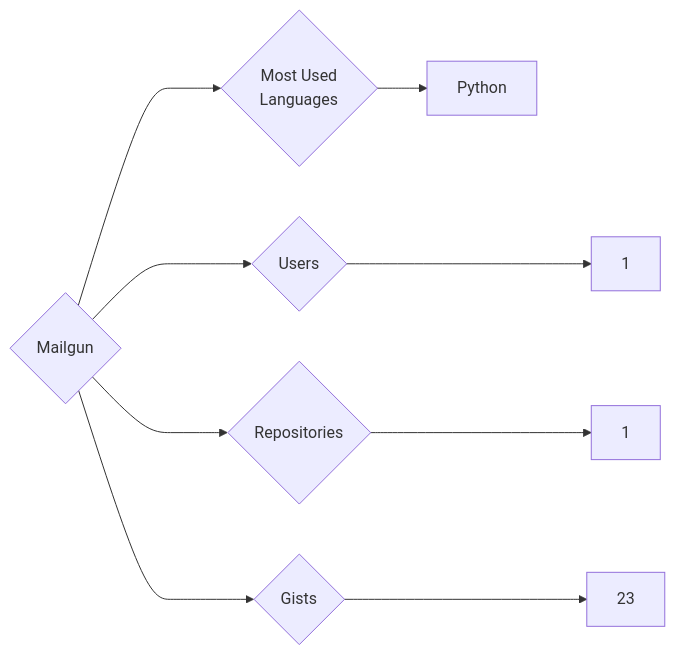
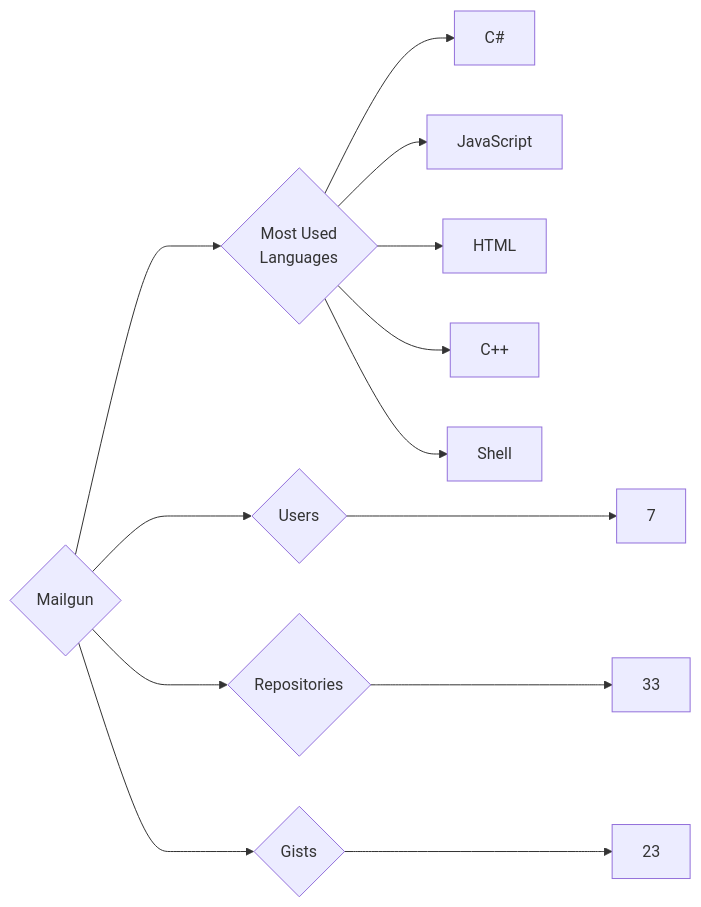
One commit to trickest/insiders changed the diagram in targets/Mailgun/README.md. Above: the diagram before and after it, drawn with Mermaid. The commit also changed 935 other files, not shown here.

````diff
--- a/targets/Mailgun/README.md
+++ b/targets/Mailgun/README.md
@@ -3,9 +3,13 @@
 ```mermaid
 graph LR
 COMPANY_NAME{Mailgun}
-COMPANY_NAME ---> U{Users} ---> UN[1]
-COMPANY_NAME ---> R{Repositories} ---> RN[1]
+COMPANY_NAME ---> U{Users} ---> UN[7]
+COMPANY_NAME ---> R{Repositories} ---> RN[33]
 COMPANY_NAME ---> G{Gists} ---> GN[23]
 COMPANY_NAME ---> ML{Most Used<br>Languages}
-ML --> Python[Python]
+ML --> C#[C#]
+ML --> JavaScript[JavaScript]
+ML --> HTML[HTML]
+ML --> C++[C++]
+ML --> Shell[Shell]
 ```
````
